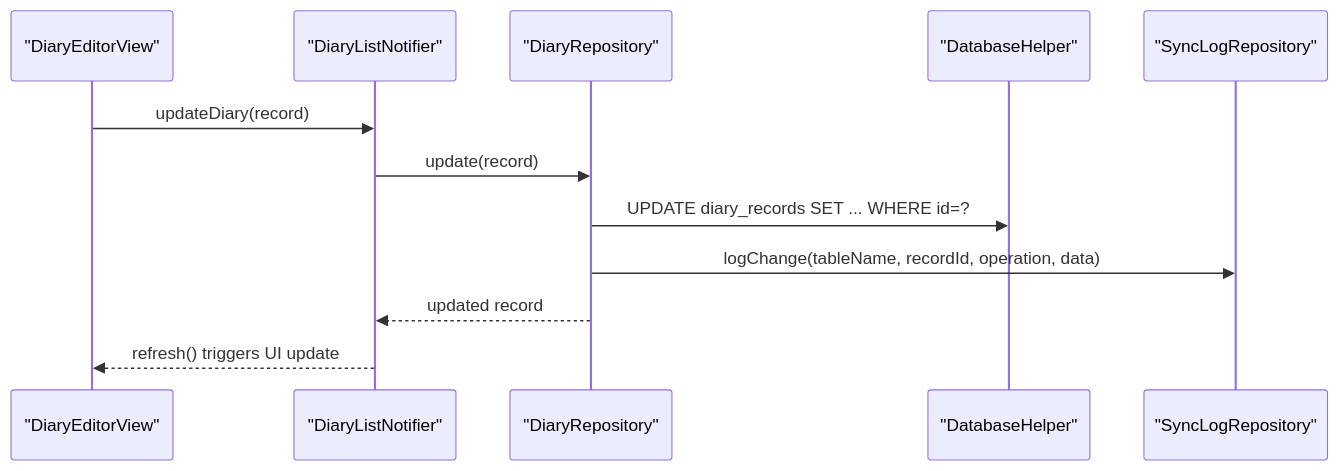
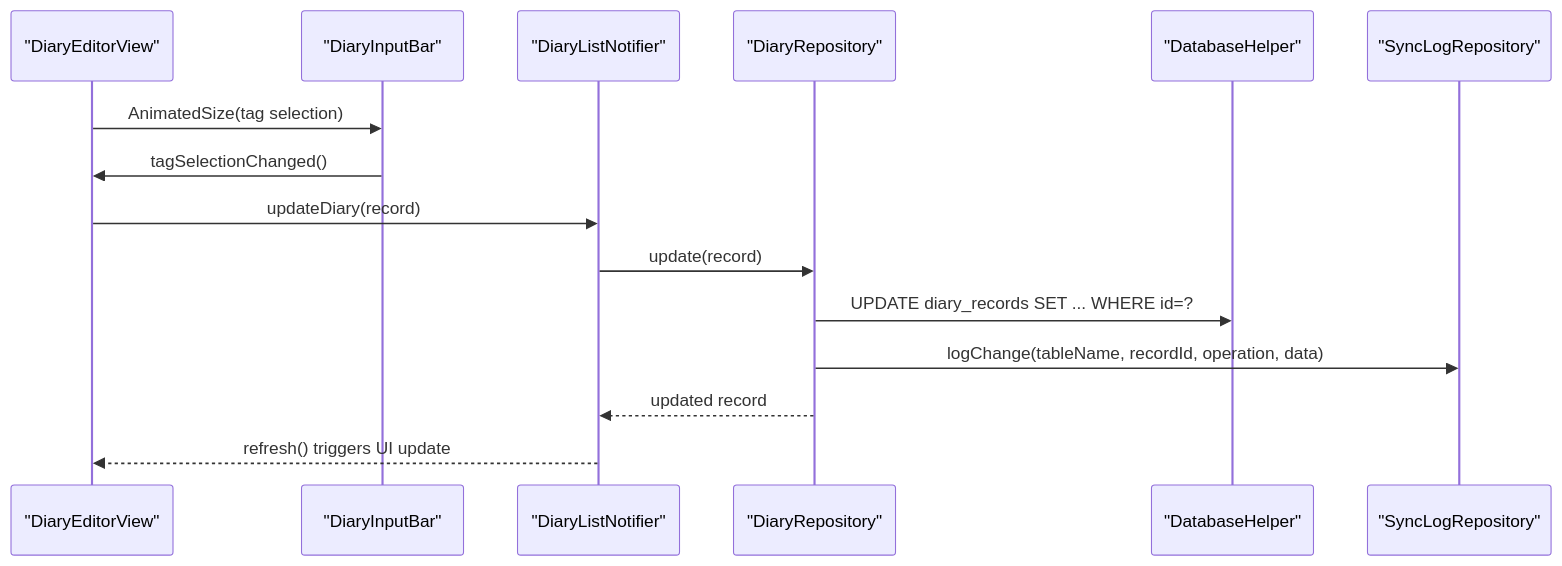
The second of 9 diagrams in .qoder/repowiki/en/content/Core Features/Diary Management.md (favoroo/QNote), drawn with Mermaid before and after one commit. The commit also changed other lines of this file and 114 other files, not shown here.

````diff
--- a/.qoder/repowiki/en/content/Core Features/Diary Management.md
+++ b/.qoder/repowiki/en/content/Core Features/Diary Management.md
@@ -97,14 +115,17 @@
 ```mermaid
 sequenceDiagram
 participant UI as "DiaryEditorView"
+participant Input as "DiaryInputBar"
 participant Prov as "DiaryListNotifier"
 participant Repo as "DiaryRepository"
 participant DB as "DatabaseHelper"
 participant Sync as "SyncLogRepository"
+UI->>Input : AnimatedSize(tag selection)
+Input->>UI : tagSelectionChanged()
 UI->>Prov : updateDiary(record)
 Prov->>Repo : update(record)
 Repo->>DB : UPDATE diary_records SET ... WHERE id=?
 Repo->>Sync : logChange(tableName, recordId, operation, data)
 Repo-->>Prov : updated record
 Prov-->>UI : refresh() triggers UI update
 ```
````
